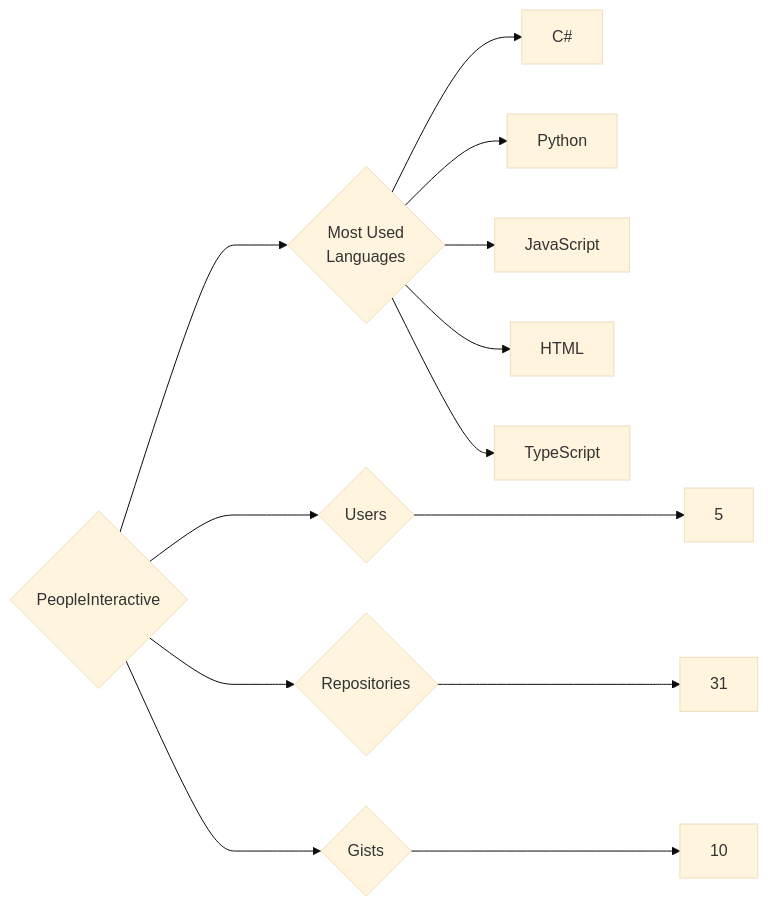
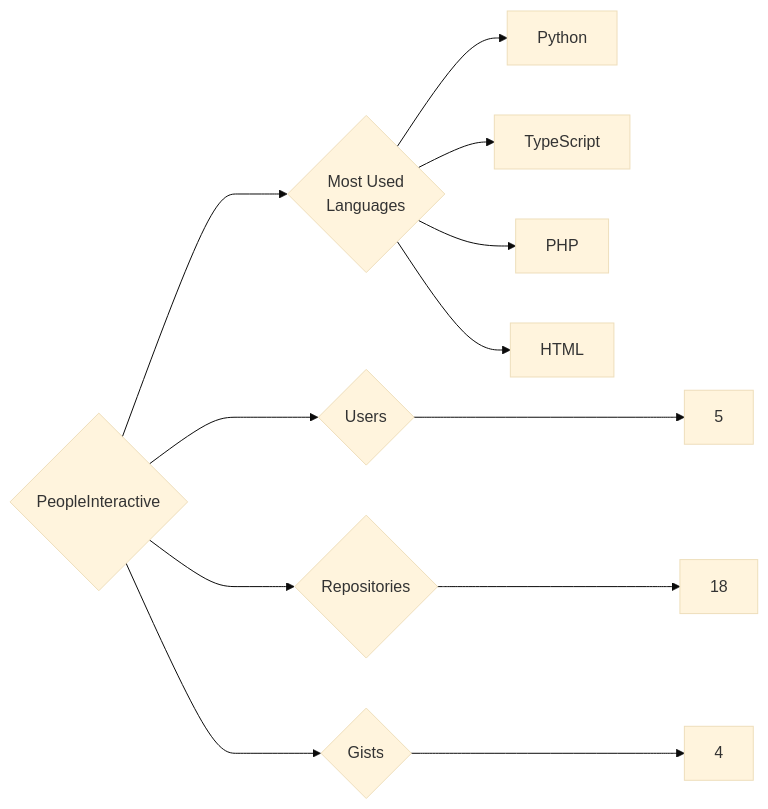
The diagram in targets/PeopleInteractive/README.md (trickest/insiders), drawn with Mermaid (base theme) before and after one commit. The commit also changed 833 other files, not shown here.

````diff
--- a/targets/PeopleInteractive/README.md
+++ b/targets/PeopleInteractive/README.md
@@ -3,13 +3,12 @@
 ```mermaid
 graph LR
 COMPANY_NAME{PeopleInteractive}
 COMPANY_NAME ---> U{Users} ---> UN[5]
-COMPANY_NAME ---> R{Repositories} ---> RN[31]
-COMPANY_NAME ---> G{Gists} ---> GN[10]
+COMPANY_NAME ---> R{Repositories} ---> RN[18]
+COMPANY_NAME ---> G{Gists} ---> GN[4]
 COMPANY_NAME ---> ML{Most Used<br>Languages}
-ML --> C#[C#]
 ML --> Python[Python]
-ML --> JavaScript[JavaScript]
+ML --> TypeScript[TypeScript]
+ML --> PHP[PHP]
 ML --> HTML[HTML]
-ML --> TypeScript[TypeScript]
 ```
````
